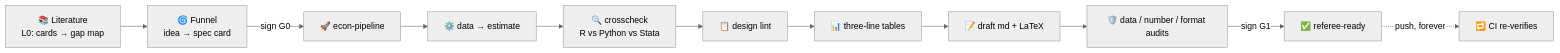
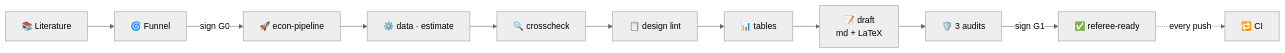
The diagram in README.md (ljftwq-dev/EconWorkbench), drawn with Mermaid (neutral theme) before and after one commit. The commit also changed 1 other file, not shown here.

Commit message:
fix readme: mermaid node labels must use <br/> not \n (GitHub render fails), shortened labels so the rendered chart stays readable

````diff
--- a/README.md
+++ b/README.md
@@ -13,13 +13,13 @@
 ```mermaid
 flowchart LR
-    A[📚 Literature\nL0: cards → gap map] --> B[🌀 Funnel\nidea → spec card]
-    B -->|sign G0| C[🚀 econ-pipeline]
-    C --> D[⚙️ data → estimate]
-    D --> E[🔍 crosscheck\nR vs Python vs Stata]
-    E --> F[📋 design lint]
-    F --> G[📊 three-line tables]
-    G --> H[📝 draft md + LaTeX]
-    H --> I[🛡️ data / number / format audits]
-    I -->|sign G1| J[✅ referee-ready]
-    J -.->|push, forever| K[🔁 CI re-verifies]
+    A["📚 Literature"] --> B["🌀 Funnel"]
+    B -->|"sign G0"| C["🚀 econ-pipeline"]
+    C --> D["⚙️ data · estimate"]
+    D --> E["🔍 crosscheck"]
+    E --> F["📋 design lint"]
+    F --> G["📊 tables"]
+    G --> H["📝 draft<br/>md + LaTeX"]
+    H --> I["🛡️ 3 audits"]
+    I -->|"sign G1"| J["✅ referee-ready"]
+    J -.->|"every push"| K["🔁 CI"]
 ```
````
